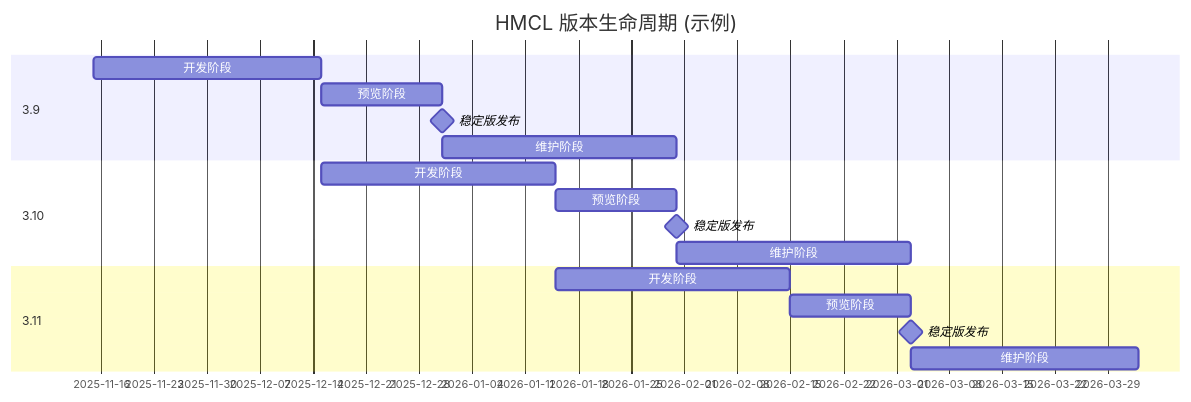
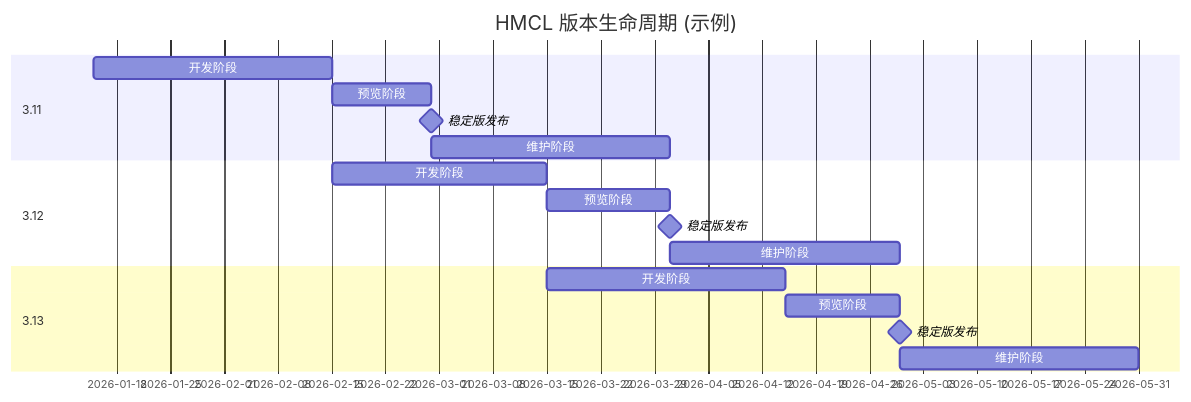
Before and after one commit to HMCL-dev/HMCL: the diagram in docs/ReleaseSchedule_zh.md, drawn with Mermaid. The commit also changed other lines of this file and 2 other files, not shown here.

Commit message:
docs: rewrite gantt chart to update branches and dates [skip ci]
- Force the `dateFormat` to prevent chart rendering issues.
- Use absolute dates to prevent chart alignment issues caused by variations in the number of days in each month.
- Updated chart content from version branch 3.11 to 3.13.
- Add a note stating that the chart is for reference only.

````diff
--- a/docs/ReleaseSchedule_zh.md
+++ b/docs/ReleaseSchedule_zh.md
@@ -43,19 +43,20 @@
 ```mermaid
 gantt
     title HMCL 版本生命周期 (示例)
-    section 3.9
-        开发阶段: a1, 2025-11-15, 30d
-        预览阶段: a2, after a1, 16d
+    dateFormat YYYY-MM-DD
+    section 3.11
+        开发阶段: a1, 2026-01-15, 2026-02-15
+        预览阶段: a2, 2026-02-15, 2026-02-28
         稳定版发布: milestone, after a2, 0d
-        维护阶段: a3, after a2, 31d
-    section 3.10
-        开发阶段: b1, after a1, 31d
-        预览阶段: b2, after b1, 16d
+        维护阶段: a3, 2026-02-28, 2026-03-31
+    section 3.12
+        开发阶段: b1, 2026-02-15, 2026-03-15
+        预览阶段: b2, 2026-03-15, 2026-03-31
         稳定版发布: milestone, after b2, 0d
-        维护阶段: b3, after b2, 31d
-    section 3.11
-        开发阶段: c1, after b1, 31d
-        预览阶段: c2, after c1, 16d
+        维护阶段: b3, 2026-03-31, 2026-04-30
+    section 3.13
+        开发阶段: c1, 2026-03-15, 2026-04-15
+        预览阶段: c2, 2026-04-15, 2026-04-30
         稳定版发布: milestone, after c2, 0d
-        维护阶段: c3, after c2, 30d
+        维护阶段: c3, 2026-04-30, 2026-05-31
 ```
````
